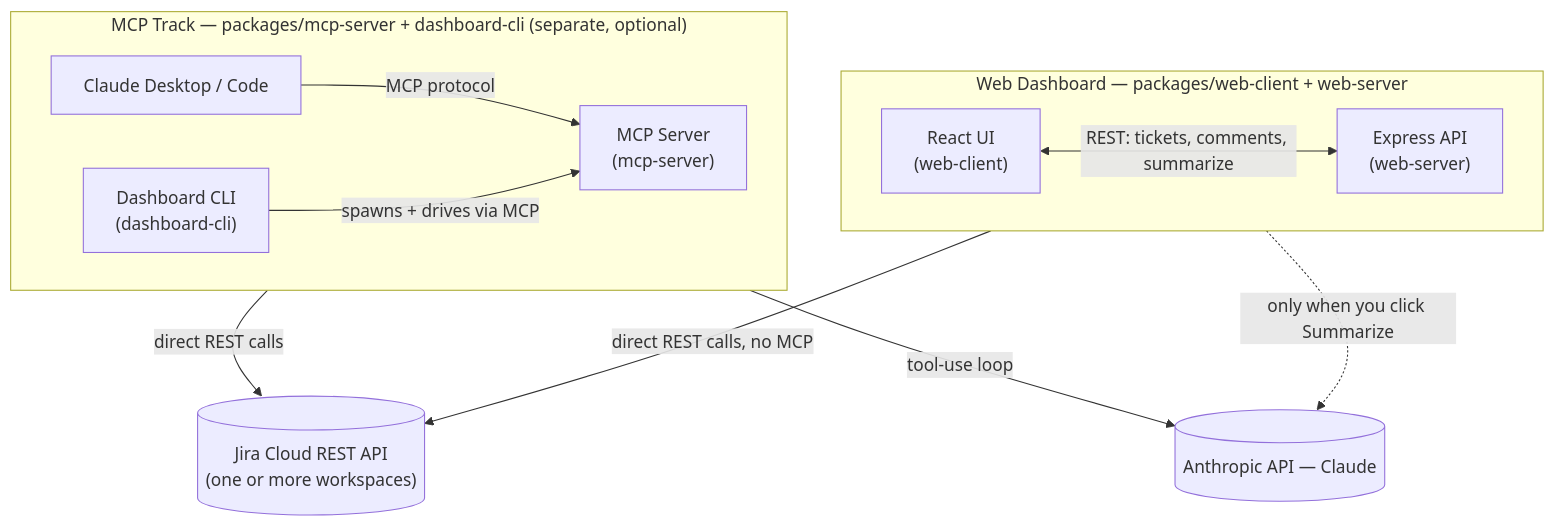
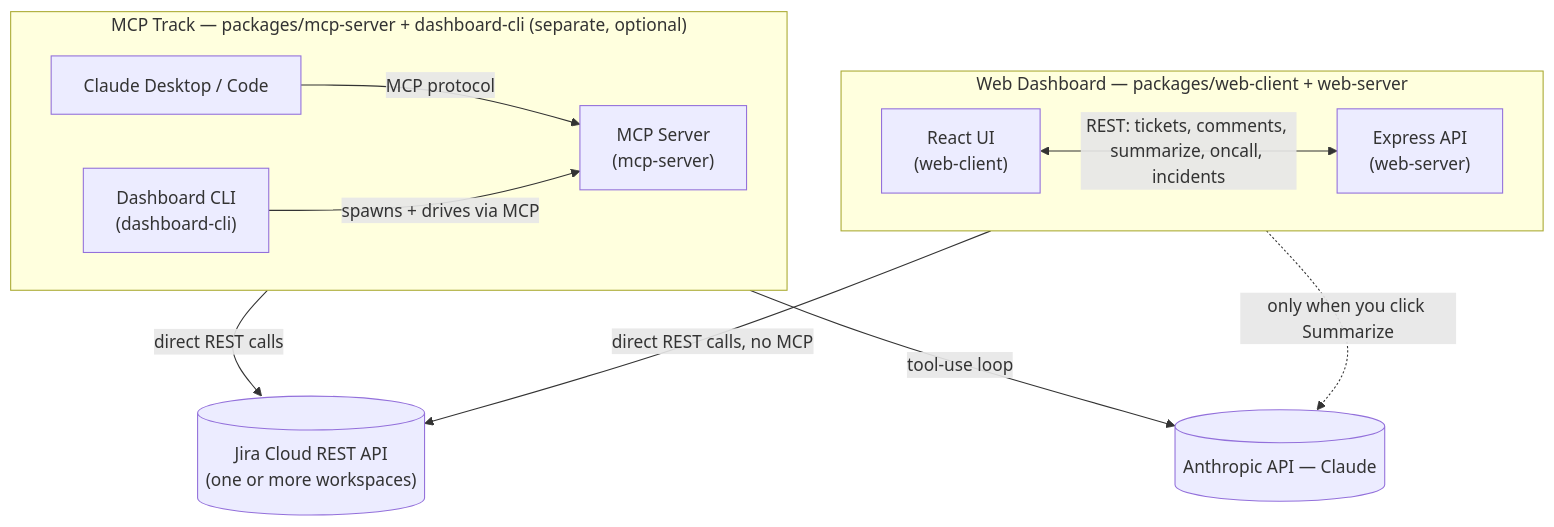
One commit to GuruR-prog/jira-okr-dashboard-mcp changed the first of 3 diagrams in README.md. Above: the diagram before and after it, drawn with Mermaid. The commit also changed other lines of this file, not shown here.

First line of the commit message:
README: catch up with sprints, on-call/incidents, and the Looking Glass rename

````diff
--- a/README.md
+++ b/README.md
@@ -34,26 +38,26 @@
 ```mermaid
 flowchart TB
     subgraph Web["Web Dashboard — packages/web-client + web-server"]
         direction LR
         UI["React UI<br/>(web-client)"]
         API["Express API<br/>(web-server)"]
-        UI <-->|"REST: tickets, comments, summarize"| API
+        UI <-->|"REST: tickets, comments, summarize, oncall, incidents"| API
     end
 
     subgraph MCPTrack["MCP Track — packages/mcp-server + dashboard-cli (separate, optional)"]
         direction LR
         Desktop["Claude Desktop / Code"]
         Srv["MCP Server<br/>(mcp-server)"]
         CLI["Dashboard CLI<br/>(dashboard-cli)"]
         Desktop -->|"MCP protocol"| Srv
         CLI -->|"spawns + drives via MCP"| Srv
     end
 
     Jira[("Jira Cloud REST API<br/>(one or more workspaces)")]
     Anthropic[("Anthropic API — Claude")]
 
     API -->|"direct REST calls, no MCP"| Jira
     Srv -->|"direct REST calls"| Jira
     API -.->|"only when you click Summarize"| Anthropic
     CLI -->|"tool-use loop"| Anthropic
 ```
````
